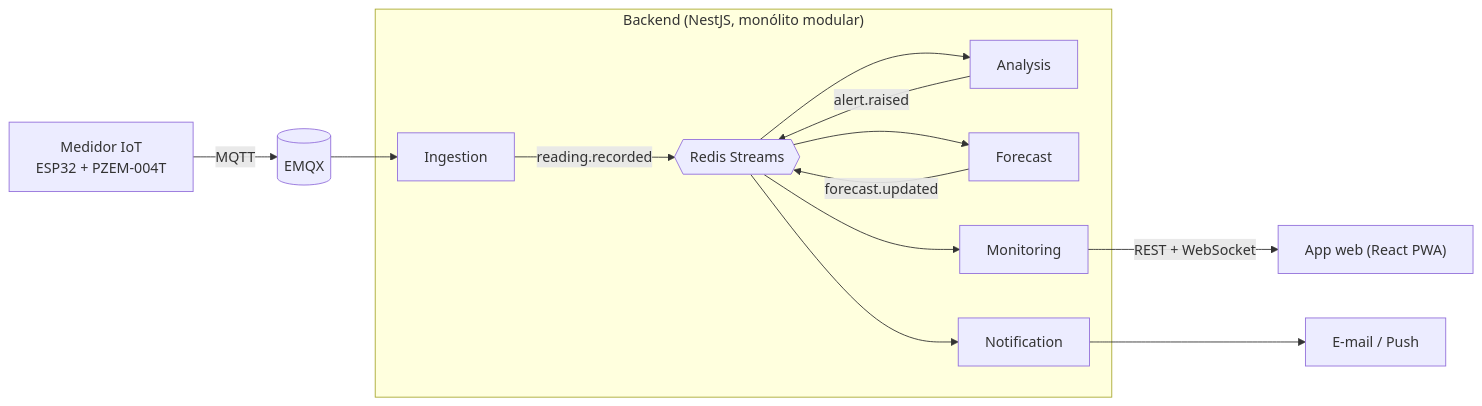
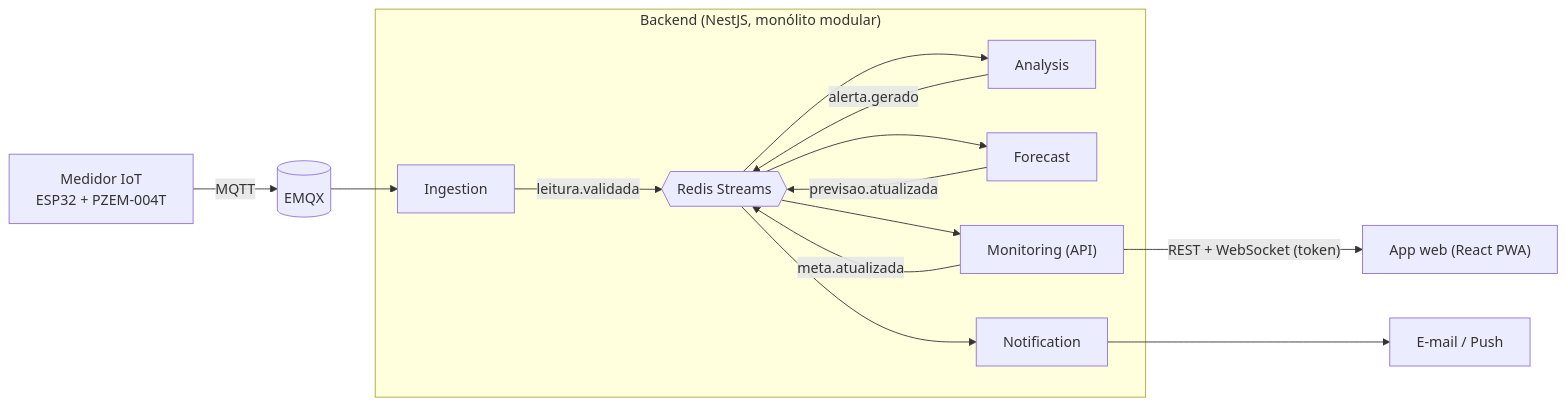
One commit to LucMazarJR/arquitetura-2-bim changed the diagram in README.md. Above: the diagram before and after it, drawn with Mermaid. The commit also changed other lines of this file and 2 other files, not shown here.

````diff
--- a/README.md
+++ b/README.md
@@ -8,18 +8,19 @@
 ```mermaid
 flowchart LR
   device["Medidor IoT<br/>ESP32 + PZEM-004T"] -- MQTT --> broker[("EMQX")]
   broker --> ingestion
 
   subgraph backend["Backend (NestJS, monólito modular)"]
-    ingestion["Ingestion"] -- reading.recorded --> bus{{"Redis Streams"}}
+    ingestion["Ingestion"] -- leitura.validada --> bus{{"Redis Streams"}}
     bus --> analysis["Analysis"]
     bus --> forecast["Forecast"]
-    bus --> monitoring["Monitoring"]
-    analysis -- alert.raised --> bus
-    forecast -- forecast.updated --> bus
+    bus --> monitoring["Monitoring (API)"]
+    analysis -- alerta.gerado --> bus
+    forecast -- previsao.atualizada --> bus
+    monitoring -- meta.atualizada --> bus
     bus --> notification["Notification"]
   end
 
-  monitoring -- "REST + WebSocket" --> app["App web (React PWA)"]
+  monitoring -- "REST + WebSocket (token)" --> app["App web (React PWA)"]
   notification --> channels["E-mail / Push"]
 ```
````
